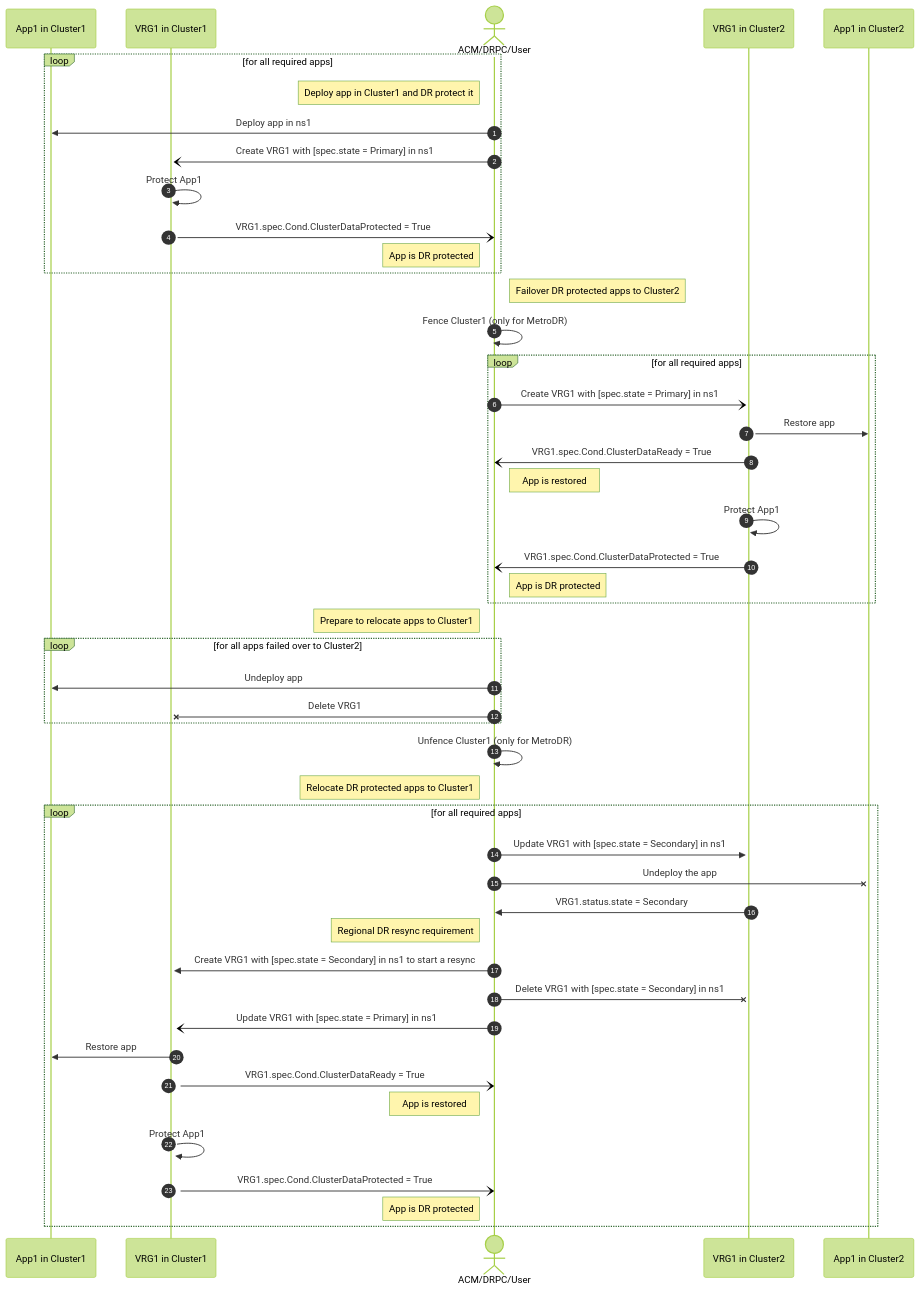
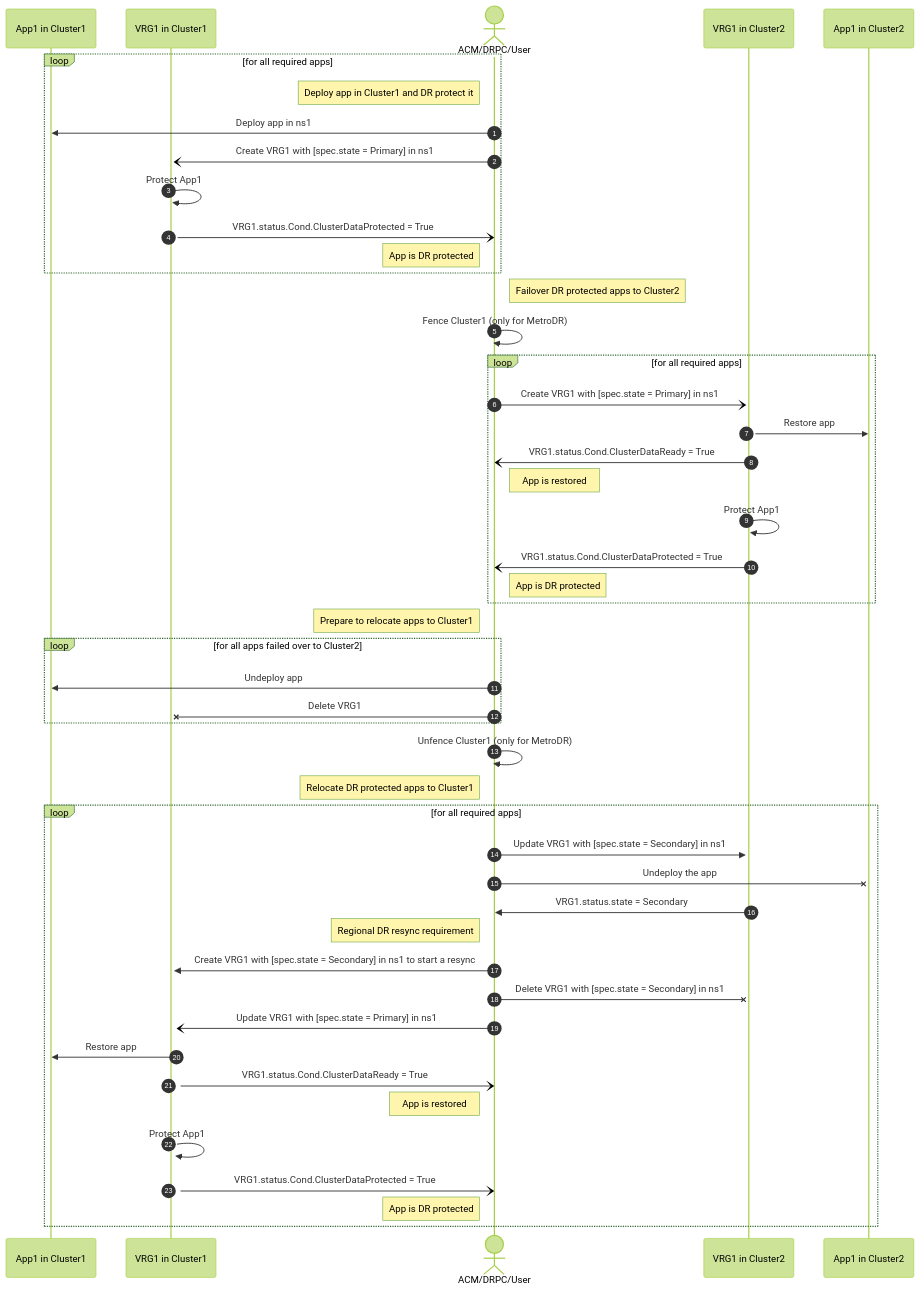
One commit to hatfieldbrian/ramen changed the diagram in docs/vrg-sequence-diagram.md. Above: the diagram before and after it, drawn with Mermaid (forest theme).

Commit message:
VRG Seq Dia: Fix typo

````diff
--- a/docs/vrg-sequence-diagram.md
+++ b/docs/vrg-sequence-diagram.md
@@ -7,72 +7,72 @@
 ```mermaid
 sequenceDiagram
 autonumber
 participant C1App1 as App1 in Cluster1
 participant C1VRG1 as VRG1 in Cluster1
 Actor User as ACM/DRPC/User
 participant C2VRG1 as VRG1 in Cluster2
 participant C2App1 as App1 in Cluster2
 % rect rgb(100,200,250)
     loop for all required apps
         note left of User: Deploy app in Cluster1 and DR protect it
         User ->> C1App1 : Deploy app in ns1
         activate C1VRG1
         User -) C1VRG1:Create VRG1 with [spec.state = Primary] in ns1
         C1VRG1 ->> C1VRG1: Protect App1
-        % C1VRG1 -) User:VRG1.spec.Cond.DataProtected = True
-        C1VRG1 -) User:VRG1.spec.Cond.ClusterDataProtected = True
+        % C1VRG1 -) User:VRG1.status.Cond.DataProtected = True
+        C1VRG1 -) User:VRG1.status.Cond.ClusterDataProtected = True
         % C1VRG1 -) User:App Protected [spec.status = Primary]
         note left of User: App is DR protected
     end
 % end
 
 
 % rect rgb(250,125,0)
     note right of User: Failover DR protected apps to Cluster2
     User ->> User: Fence Cluster1 (only for MetroDR)
     loop for all required apps
         activate C2VRG1
         User -) C2VRG1:Create VRG1 with [spec.state = Primary] in ns1
-        % C2VRG1 -) User:VRG1.spec.Cond.DataReady = True
+        % C2VRG1 -) User:VRG1.status.Cond.DataReady = True
         C2VRG1 ->> C2App1: Restore app
         activate C2App1
-        C2VRG1 -) User:VRG1.spec.Cond.ClusterDataReady = True
+        C2VRG1 -) User:VRG1.status.Cond.ClusterDataReady = True
         note right of User: App is restored
         C2VRG1 ->> C2VRG1: Protect App1
-        C2VRG1 -) User:VRG1.spec.Cond.ClusterDataProtected = True
+        C2VRG1 -) User:VRG1.status.Cond.ClusterDataProtected = True
         note right of User: App is DR protected
     end
 % end
 
 % rect
     note left of User: Prepare to relocate apps to Cluster1
     loop for all apps failed over to Cluster2
         User ->> C1App1: Undeploy app
         User -x C1VRG1: Delete VRG1
     end
     User ->> User: Unfence Cluster1 (only for MetroDR)
 
 % end
 
 % rect rgb(200,200,100)
     note left of User: Relocate DR protected apps to Cluster1
     loop for all required apps
         User ->> C2VRG1: Update VRG1 with [spec.state = Secondary] in ns1
         User -x C2App1: Undeploy the app
         C2VRG1 ->> User: VRG1.status.state = Secondary
         note left of User: Regional DR resync requirement
         User ->> C1VRG1: Create VRG1 with [spec.state = Secondary] in ns1 to start a resync
         User -x C2VRG1: Delete VRG1 with [spec.state = Secondary] in ns1
         activate C1VRG1
         User -) C1VRG1:Update VRG1 with [spec.state = Primary] in ns1
-        % C1VRG1 -) User:VRG1.spec.Cond.DataReady = True
+        % C1VRG1 -) User:VRG1.status.Cond.DataReady = True
         C1VRG1 ->> C1App1: Restore app
         activate C1App1
-        C1VRG1 -) User:VRG1.spec.Cond.ClusterDataReady = True
+        C1VRG1 -) User:VRG1.status.Cond.ClusterDataReady = True
         note left of User: App is restored
         C1VRG1 ->> C1VRG1: Protect App1
-        C1VRG1 -) User:VRG1.spec.Cond.ClusterDataProtected = True
+        C1VRG1 -) User:VRG1.status.Cond.ClusterDataProtected = True
         note left of User: App is DR protected
     end
 % end
 ```
````
